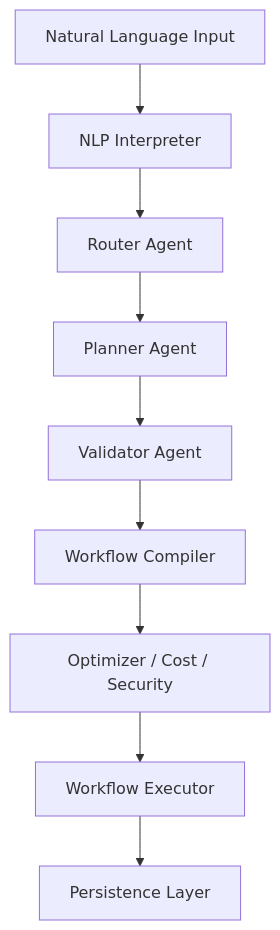
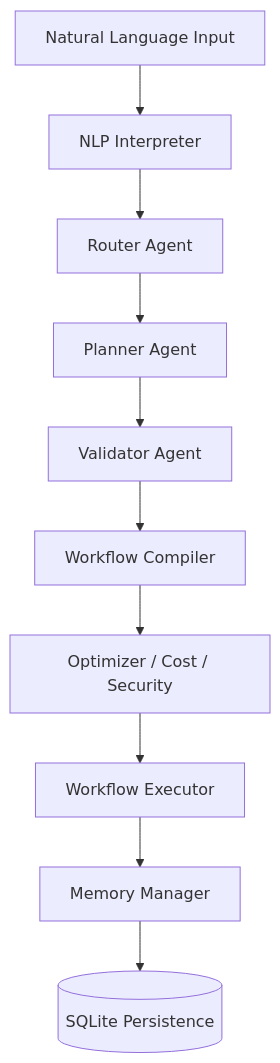
One commit to blexyyyyy/botsmith changed the diagram in README.md. Above: the diagram before and after it, drawn with Mermaid. The commit also changed other lines of this file and 79 other files, not shown here.

Commit message:
feat: Implement 3-layer scoped memory system (Execution, Session, Long-Term)

````diff
--- a/README.md
+++ b/README.md
@@ -36,11 +38,12 @@
 ```mermaid
 graph TD
     A[Natural Language Input] --> B[NLP Interpreter]
     B --> C[Router Agent]
     C --> D[Planner Agent]
     D --> E[Validator Agent]
     E --> F[Workflow Compiler]
     F --> G[Optimizer / Cost / Security]
     G --> H[Workflow Executor]
-    H --> I[Persistence Layer]
+    H --> I[Memory Manager]
+    I --> J[(SQLite Persistence)]
 ```
````
